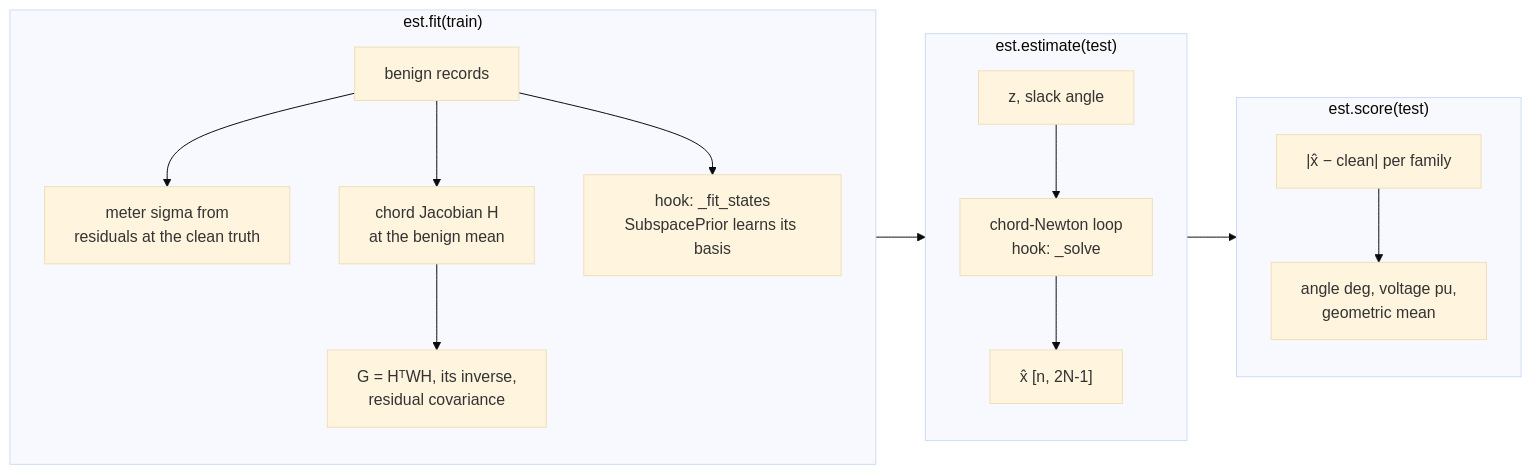
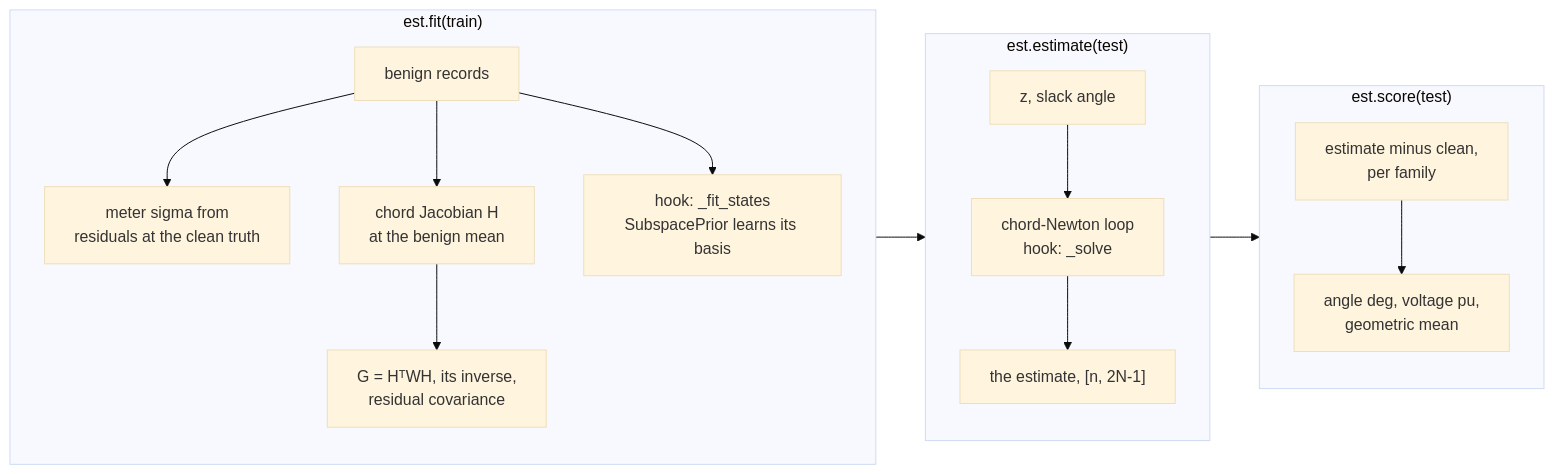
The diagram in docs/guides/state_estimation.md (myersben9/fdia-graph), drawn with Mermaid (base theme) before and after one commit. The commit also changed 5 other files, not shown here.

First line of the commit message:
Docs: redraw the diagrams GitHub lays out badly, concepts page on the attack-vector construction (#107)

````diff
--- a/docs/guides/state_estimation.md
+++ b/docs/guides/state_estimation.md
@@ -6,17 +6,17 @@
 ```mermaid
 flowchart LR
     subgraph fit["est.fit(train)"]
         f1[benign records] --> f2[meter sigma from<br/>residuals at the clean truth]
         f1 --> f3[chord Jacobian H<br/>at the benign mean]
         f3 --> f4["G = HᵀWH, its inverse,<br/>residual covariance"]
         f1 --> f5["hook: _fit_states<br/>SubspacePrior learns its basis"]
     end
     subgraph estimate["est.estimate(test)"]
         e1[z, slack angle] --> e2["chord-Newton loop<br/>hook: _solve"]
-        e2 --> e3["x̂ [n, 2N-1]"]
+        e2 --> e3["the estimate, [n, 2N-1]"]
     end
     subgraph score["est.score(test)"]
-        s1["|x̂ − clean| per family"] --> s2[angle deg, voltage pu,<br/>geometric mean]
+        s1["estimate minus clean,<br/>per family"] --> s2[angle deg, voltage pu,<br/>geometric mean]
     end
     fit --> estimate --> score
 ```
````
